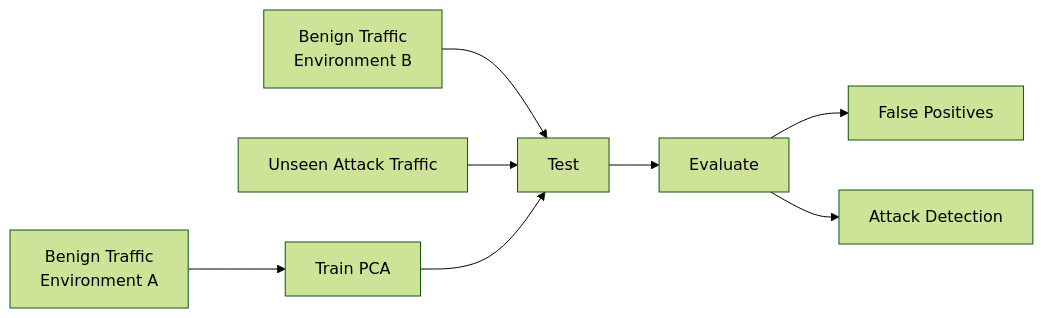
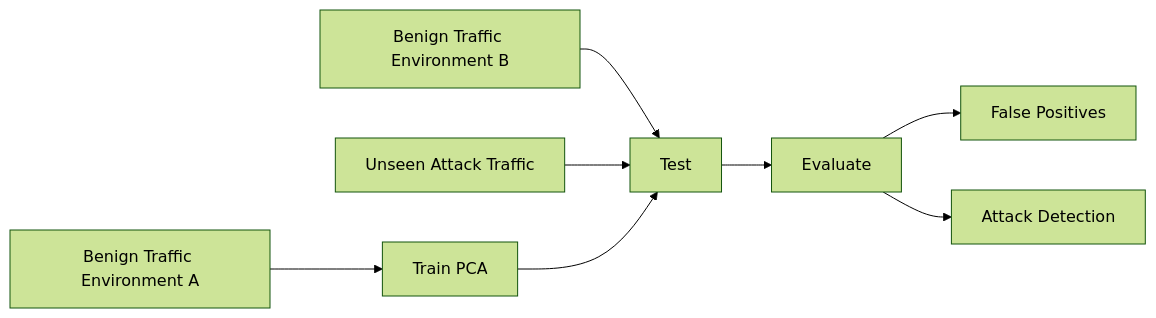
One commit to farhadakhtar/pca-network-anomaly-detection changed the seventh of 20 diagrams in README.md. Above: the diagram before and after it, drawn with Mermaid (forest theme). The commit also changed other lines of this file, not shown here.

````diff
--- a/README.md
+++ b/README.md
@@ -447,14 +426,16 @@
 ```mermaid
 flowchart LR
-    A[Benign Traffic<br/>Environment A] --> B[Train PCA]
+    A[Benign Traffic Environment A] --> B[Train PCA]
 
-    C[Benign Traffic<br/>Environment B] --> D[Test]
+    C[Benign Traffic Environment B] --> D[Test]
 
     E[Unseen Attack Traffic] --> D
 
     B --> D
 
     D --> F[Evaluate]
+
     F --> G[False Positives]
+
     F --> H[Attack Detection]
 ```
````
